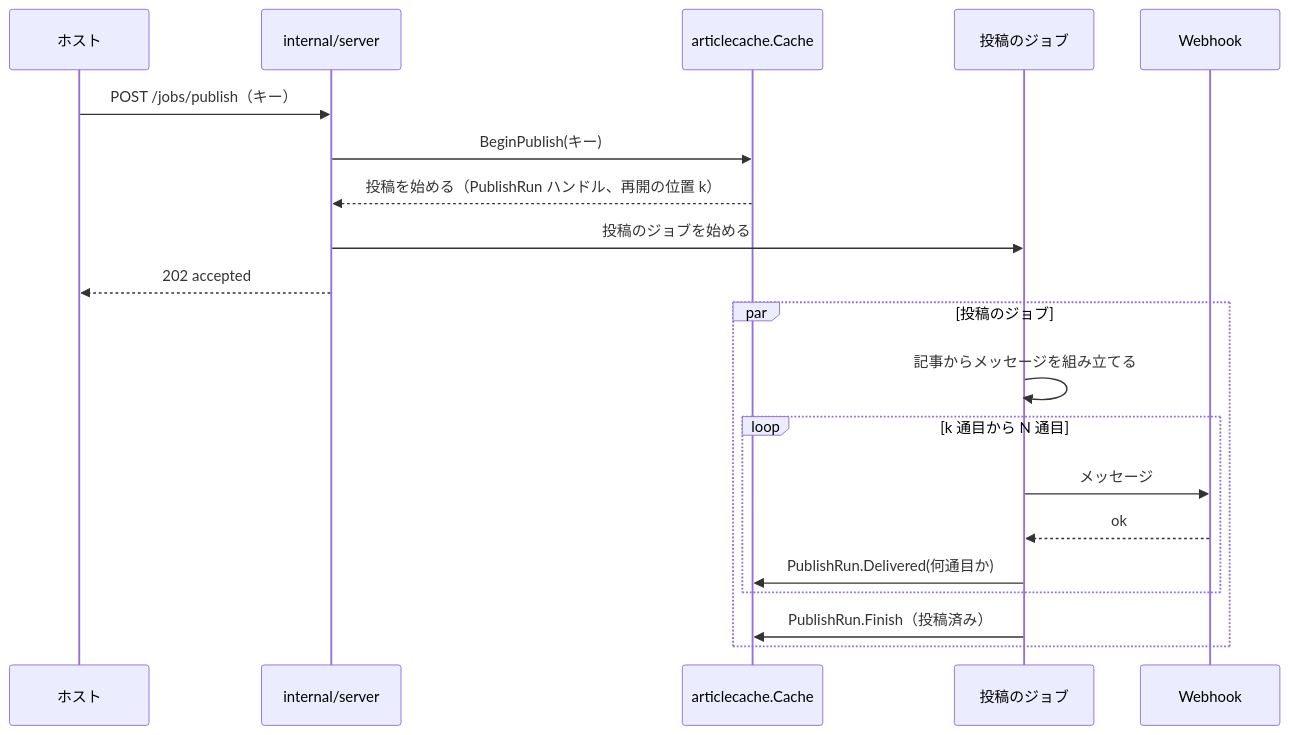
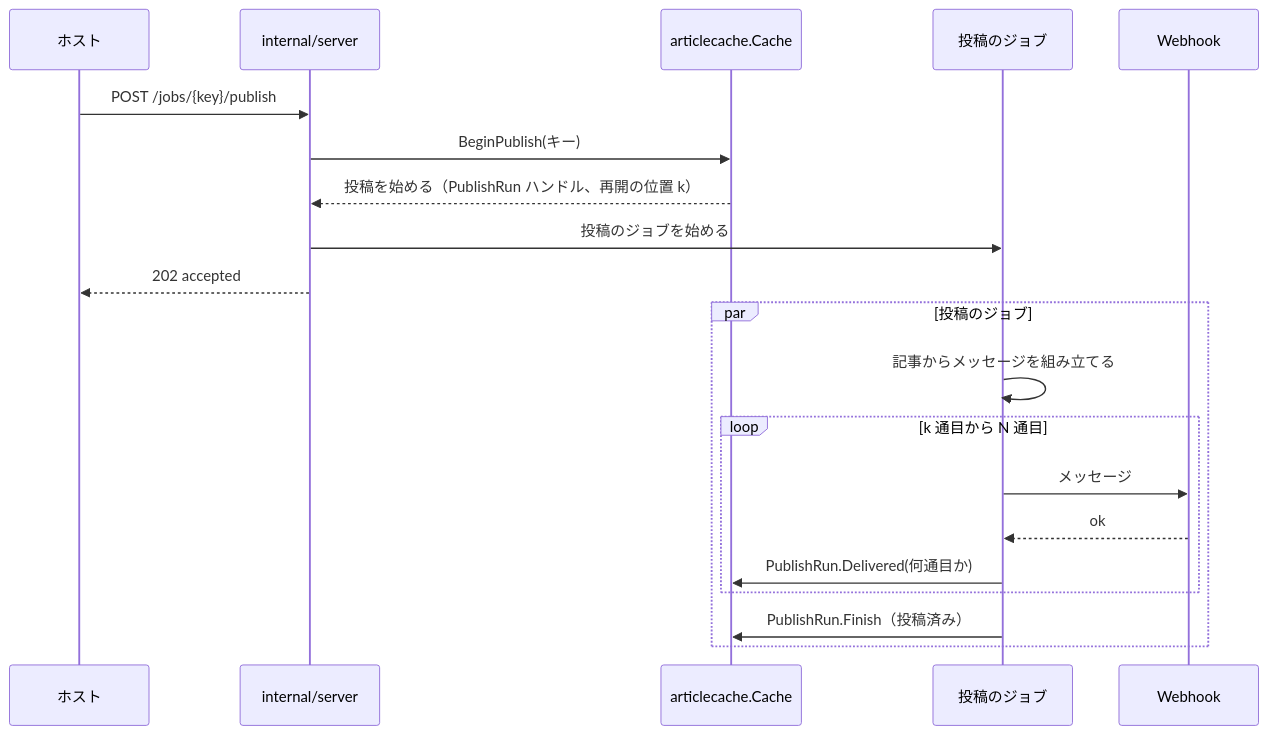
One commit to isseis/yt2column changed the sixth of 15 diagrams in docs/tasks/0044_article_job_api/02_architecture.md. Above: the diagram before and after it, drawn with Mermaid. The commit also changed other lines of this file, not shown here.

First line of the commit message:
docs(0044): use GET /jobs/{key} and a key in the path for the new API

````diff
--- a/docs/tasks/0044_article_job_api/02_architecture.md
+++ b/docs/tasks/0044_article_job_api/02_architecture.md
@@ -255,23 +255,23 @@
 ```mermaid
 sequenceDiagram
     participant H as ホスト
     participant S as internal/server
     participant C as articlecache.Cache
     participant P as 投稿のジョブ
     participant WH as Webhook
 
-    H->>S: POST /jobs/publish（キー）
+    H->>S: POST /jobs/{key}/publish
     S->>C: BeginPublish(キー)
     C-->>S: 投稿を始める（PublishRun ハンドル、再開の位置 k）
     S->>P: 投稿のジョブを始める
     S-->>H: 202 accepted
     par 投稿のジョブ
         P->>P: 記事からメッセージを組み立てる
         loop k 通目から N 通目
             P->>WH: メッセージ
             WH-->>P: ok
             P->>C: PublishRun.Delivered(何通目か)
         end
         P->>C: PublishRun.Finish（投稿済み）
     end
 ```
````
